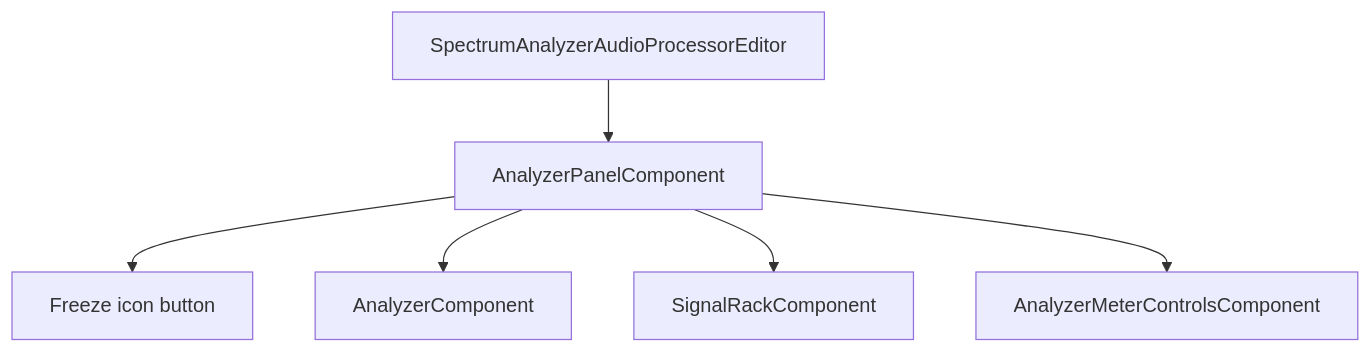
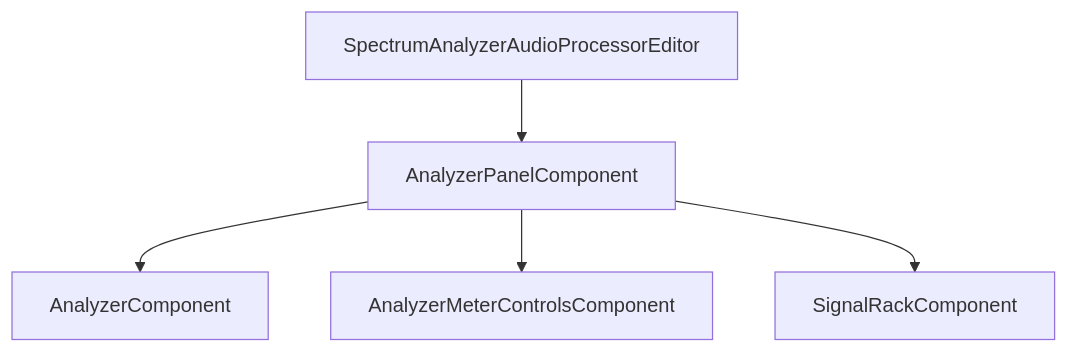
Before and after one commit to Silenterc/Band-Spectrum-Analyzer: the second of 10 diagrams in docs/ui-architecture.md, drawn with Mermaid. The commit also changed other lines of this file and 17 other files, not shown here.

````diff
--- a/docs/ui-architecture.md
+++ b/docs/ui-architecture.md
@@ -27,8 +27,7 @@
 ```mermaid
 flowchart TD
     Editor[SpectrumAnalyzerAudioProcessorEditor] --> Panel[AnalyzerPanelComponent]
-    Panel --> Freeze[Freeze icon button]
     Panel --> Plot[AnalyzerComponent]
+    Panel --> SideStrip[AnalyzerMeterControlsComponent]
     Panel --> Rack[SignalRackComponent]
-    Panel --> MeterRail[AnalyzerMeterControlsComponent]
 ```
````
